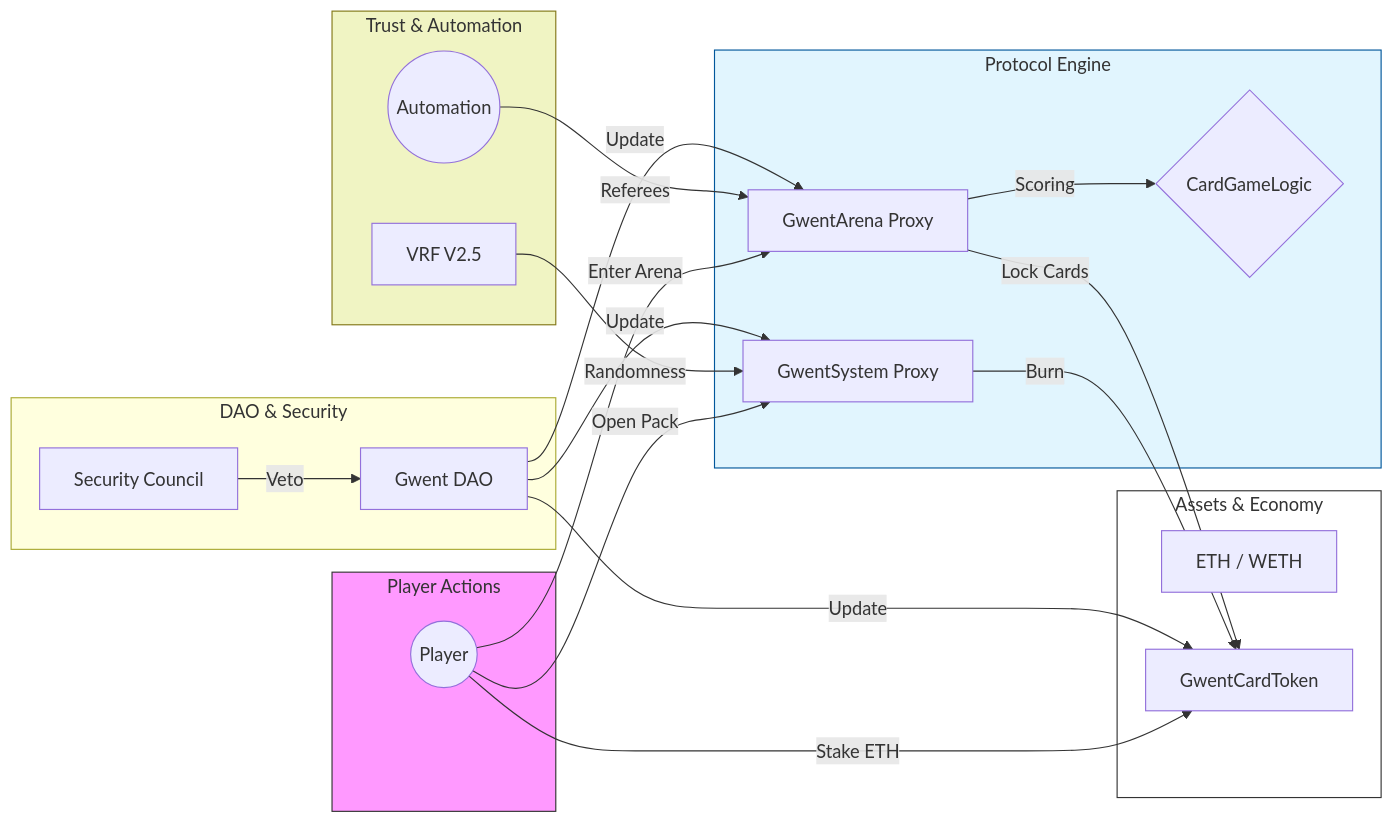
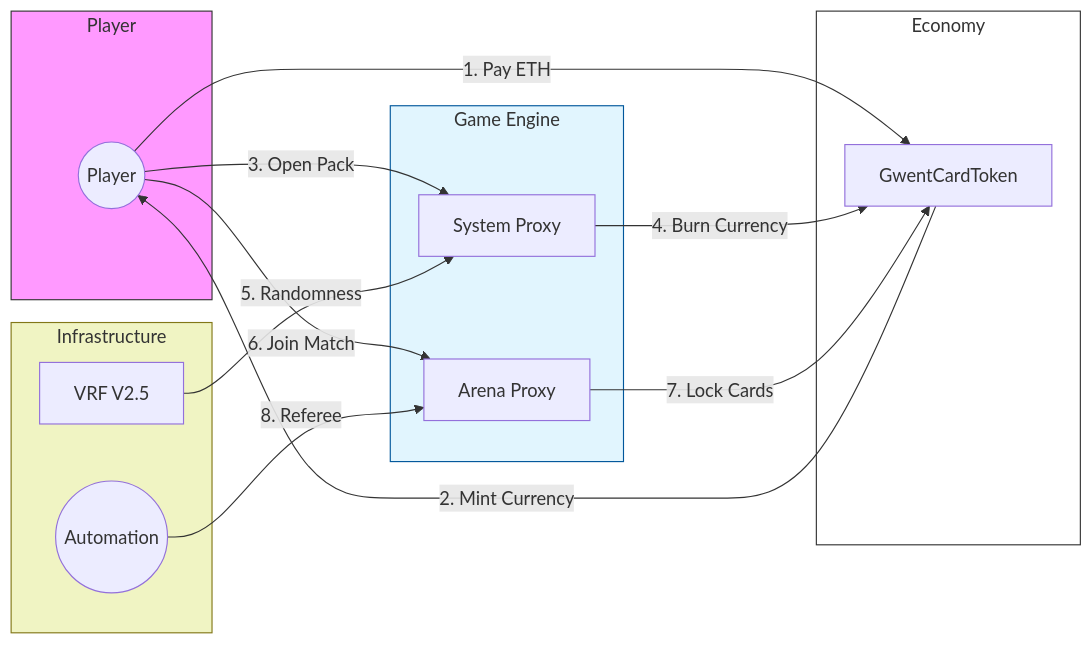
Before and after one commit to Winter0016/Witcher3-Gwent-Card-Game-Smart-Contract: the diagram in README.md, drawn with Mermaid.

Commit message:
trying to fix the graph

````diff
--- a/README.md
+++ b/README.md
@@ -28,50 +28,40 @@
 ```mermaid
 graph LR
-    subgraph Player_Layer [Player Actions]
+    subgraph P [Player]
         User((Player))
     end
 
-    subgraph Economic_Layer [Assets & Economy]
-        WETH[ETH / WETH]
+    subgraph E [Economy]
         Token[GwentCardToken]
     end
 
-    subgraph Game_Layer [Protocol Engine]
-        Arena[GwentArena Proxy]
-        System[GwentSystem Proxy]
-        Logic{CardGameLogic}
+    subgraph G [Game Engine]
+        Arena[Arena Proxy]
+        System[System Proxy]
     end
 
-    subgraph Infrastructure [Trust & Automation]
-        Bot((Automation))
+    subgraph I [Infrastructure]
+        Automation((Automation))
         VRF[VRF V2.5]
     end
 
-    subgraph Governance_Layer [DAO & Security]
-        DAO[Gwent DAO]
-        Council[Security Council]
-    end
+    %% 1. Onboarding
+    User -- "1. Pay ETH" --> Token
+    Token -- "2. Mint Currency" --> User
 
-    %% Flows
-    User -->|Stake ETH| Token
-    User -->|Open Pack| System
-    User -->|Enter Arena| Arena
-    
-    System -->|Burn| Token
-    Arena -->|Lock Cards| Token
-    
-    Bot -->|Referees| Arena
-    VRF -->|Randomness| System
-    Arena -->|Scoring| Logic
-    
-    DAO -->|Update| Token
-    DAO -->|Update| Arena
-    DAO -->|Update| System
-    Council -->|Veto| DAO
+    %% 2. Progression
+    User -- "3. Open Pack" --> System
+    System -- "4. Burn Currency" --> Token
+    VRF -- "5. Randomness" --> System
+
+    %% 3. Battle
+    User -- "6. Join Match" --> Arena
+    Arena -- "7. Lock Cards" --> Token
+    Automation -- "8. Referee" --> Arena
 
     %% Styling
-    style Player_Layer fill:#f9f,stroke:#333
-    style Economic_Layer fill:#fff,stroke:#333
-    style Game_Layer fill:#e1f5fe,stroke:#01579b
-    style Infrastructure fill:#f0f4c3,stroke:#827717
+    style P fill:#f9f,stroke:#333
+    style E fill:#fff,stroke:#333
+    style G fill:#e1f5fe,stroke:#01579b
+    style I fill:#f0f4c3,stroke:#827717
 ```
````
